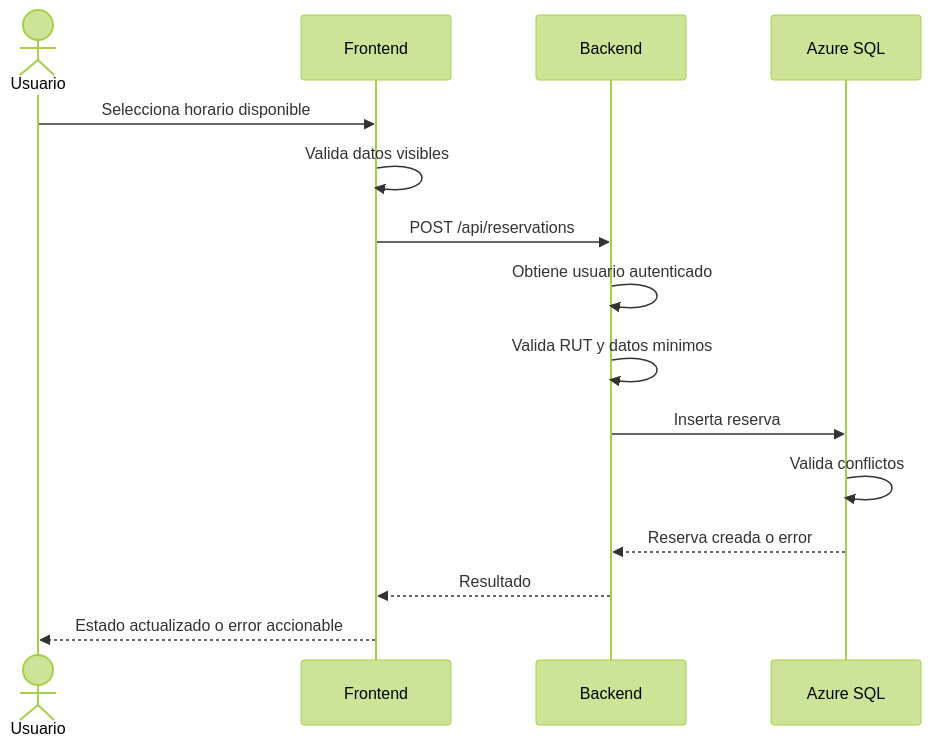
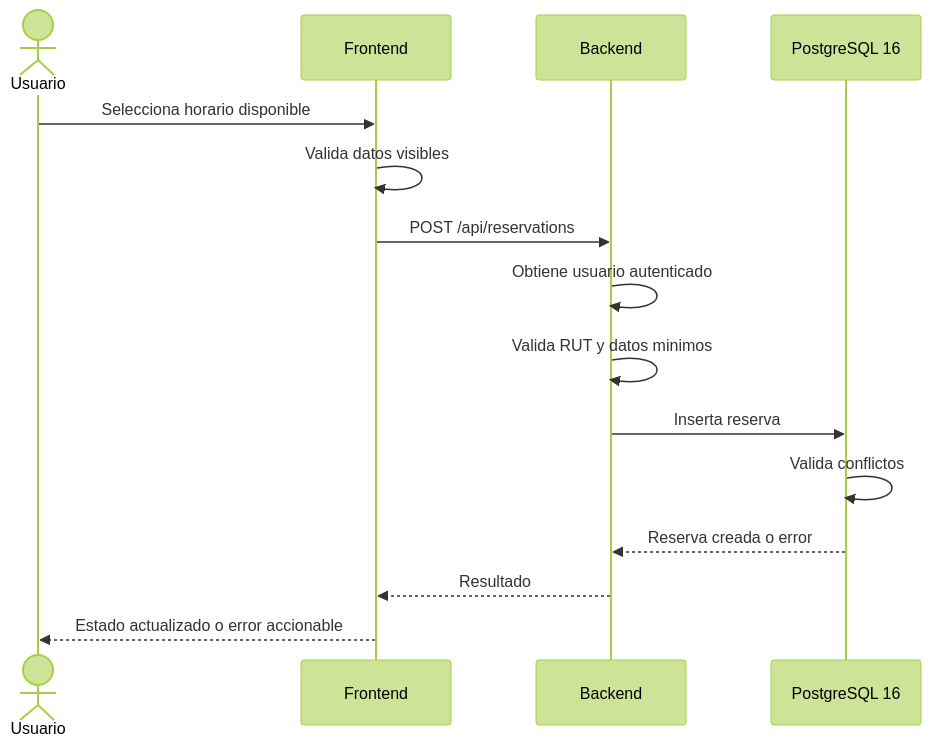
Before and after one commit to Nicolas-Montana-Baeza/Poli-REDI: the diagram in docs/06-flujo-reservas.md, drawn with Mermaid (forest theme). The commit also changed other lines of this file and 32 other files, not shown here.

Commit message:
refactor: complete PostgreSQL MVP2 migration

````diff
--- a/docs/06-flujo-reservas.md
+++ b/docs/06-flujo-reservas.md
@@ -226,18 +226,18 @@
 ```mermaid
 sequenceDiagram
   actor Usuario
   participant UI as Frontend
   participant API as Backend
-  participant DB as Azure SQL
+  participant DB as PostgreSQL 16
 
   Usuario->>UI: Selecciona horario disponible
   UI->>UI: Valida datos visibles
   UI->>API: POST /api/reservations
   API->>API: Obtiene usuario autenticado
   API->>API: Valida RUT y datos minimos
   API->>DB: Inserta reserva
   DB->>DB: Valida conflictos
   DB-->>API: Reserva creada o error
   API-->>UI: Resultado
   UI-->>Usuario: Estado actualizado o error accionable
 ```
````
